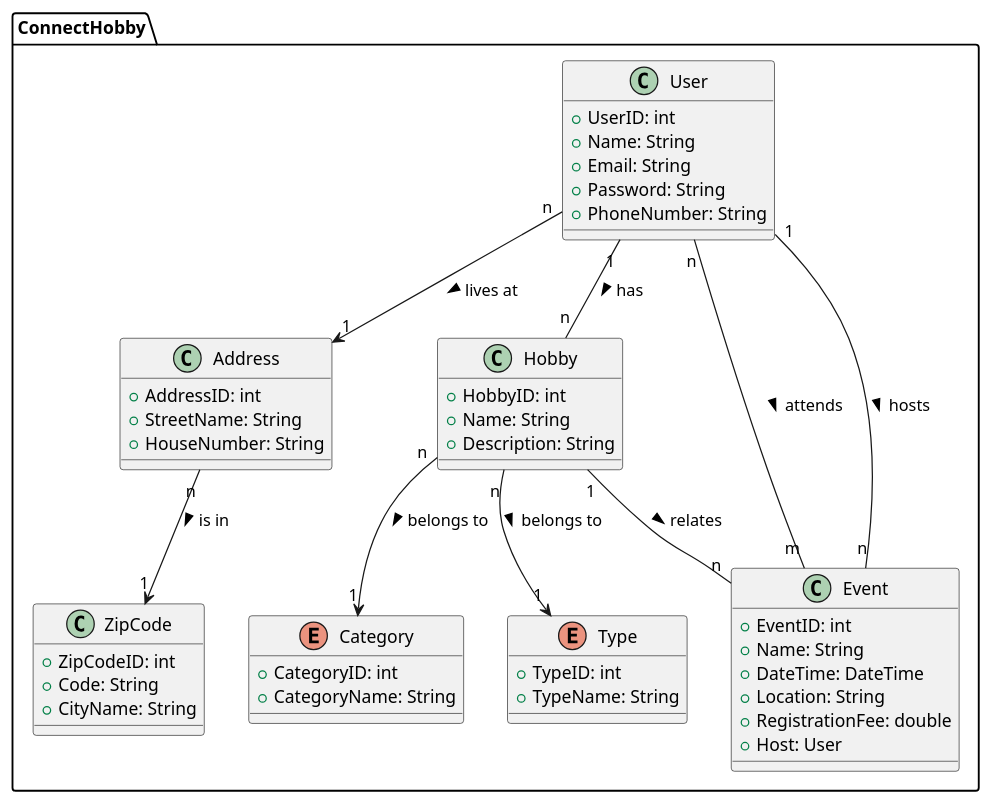
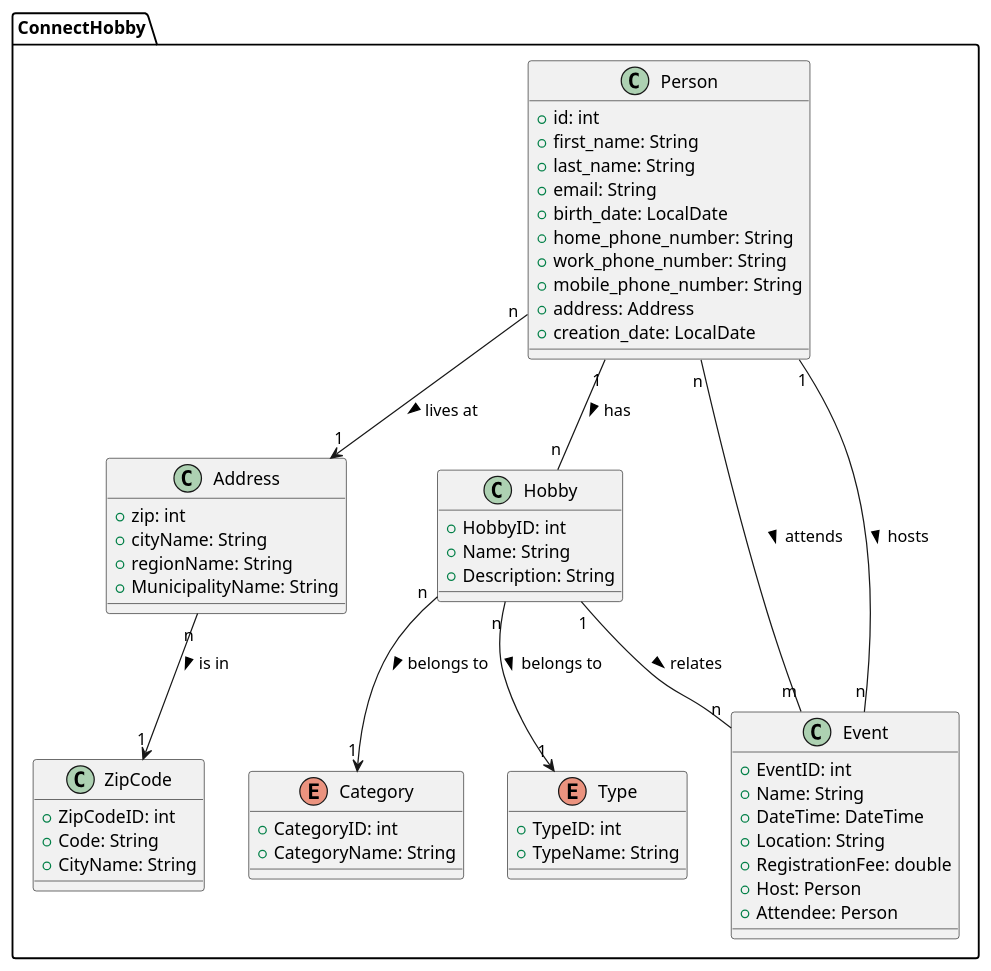
One commit to Peter537/Dat3-SP1 changed the diagram in DomainModel.puml. Above: the diagram before and after it, drawn with PlantUML. The commit also changed 2 other files, not shown here.

```diff
--- a/DomainModel.puml
+++ b/DomainModel.puml
@@ -1,58 +1,67 @@
 @startuml
 package ConnectHobby {
-  class User {
-     + UserID: int
-     + Name: String
-     + Email: String
-     + Password: String
-     + PhoneNumber: String
+  class Person {
+     + id: int
+     + first_name: String
+     + last_name: String
+     + email: String
+     + birth_date: LocalDate
+     + home_phone_number: String
+     + work_phone_number: String
+     + mobile_phone_number: String
+     + address: Address
+     + creation_date: LocalDate
+
+
   }
 
   class Address {
-     + AddressID: int
-     + StreetName: String
-     + HouseNumber: String
+     + zip: int
+     + cityName: String
+     + regionName: String
+     + MunicipalityName: String
   }
 
   class ZipCode {
      + ZipCodeID: int
      + Code: String
      + CityName: String
   }
 
   class Hobby {
      + HobbyID: int
      + Name: String
      + Description: String
   }
 
   enum Category {
      + CategoryID: int
      + CategoryName: String
   }
 
   enum Type {
      + TypeID: int
      + TypeName: String
   }
 
   class Event {
      + EventID: int
      + Name: String
      + DateTime: DateTime
      + Location: String
      + RegistrationFee: double
-     + Host: User
+     + Host: Person
+     + Attendee: Person
   }
 
 
-  User "n" --> "1" Address : lives at >
+  Person "n" --> "1" Address : lives at >
   Address "n" --> "1" ZipCode : is in >
-  User "1" -- "n" Hobby : has >
+  Person "1" -- "n" Hobby : has >
   Hobby "n" --> "1" Category : belongs to >
   Hobby "n" --> "1" Type : belongs to >
-  User "n" -- "m" Event : attends >
-  User "1" -- "n" Event : hosts >
+  Person "n" -- "m" Event : attends >
+  Person "1" -- "n" Event : hosts >
   Hobby "1" -- "n" Event : relates >
 }
 @enduml
```
